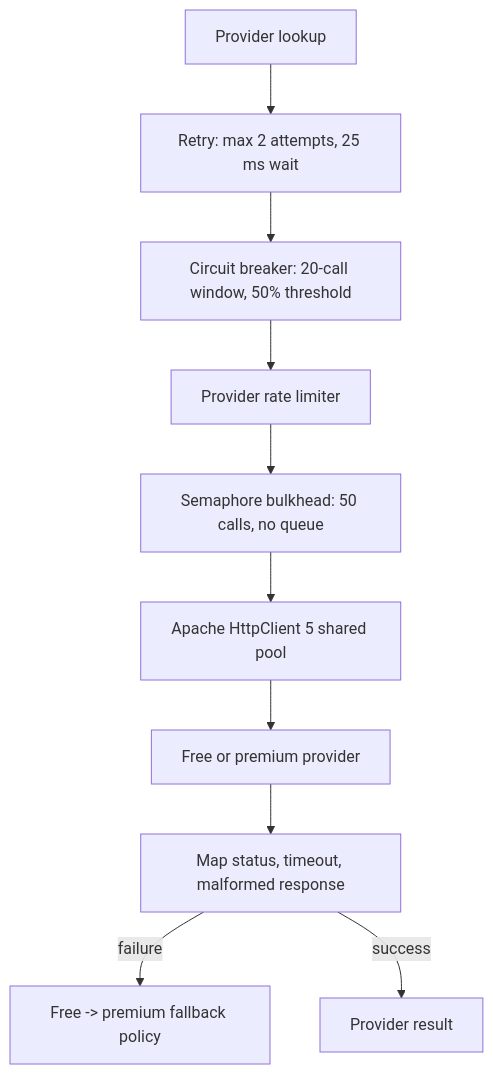
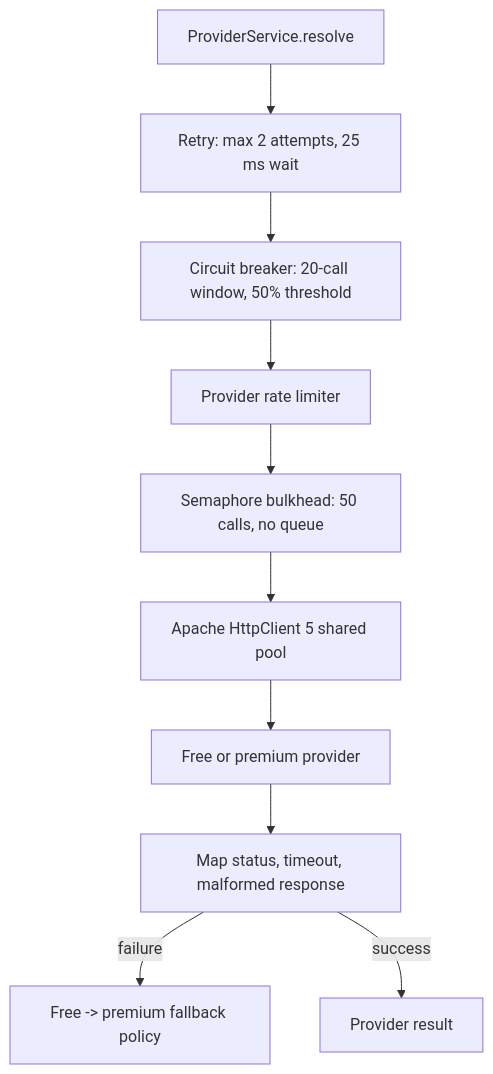
The third of 4 diagrams in docs/architecture/resilience.md (migangdelzar/company-check-workspace), drawn with Mermaid before and after one commit. The commit also changed other lines of this file and 17 other files, not shown here.

Commit message:
docs: align architecture references with layered backend

````diff
--- a/docs/architecture/resilience.md
+++ b/docs/architecture/resilience.md
@@ -84,12 +87,12 @@
 ```mermaid
 flowchart TB
-  Call[Provider lookup] --> Retry[Retry: max 2 attempts, 25 ms wait]
+  Call[ProviderService.resolve] --> Retry[Retry: max 2 attempts, 25 ms wait]
   Retry --> Circuit[Circuit breaker: 20-call window, 50% threshold]
   Circuit --> Quota[Provider rate limiter]
   Quota --> Bulkhead[Semaphore bulkhead: 50 calls, no queue]
   Bulkhead --> Pool[Apache HttpClient 5 shared pool]
   Pool --> Remote[Free or premium provider]
   Remote --> Classify[Map status, timeout, malformed response]
   Classify -->|failure| Fallback[Free -> premium fallback policy]
   Classify -->|success| Return[Provider result]
 ```
````
